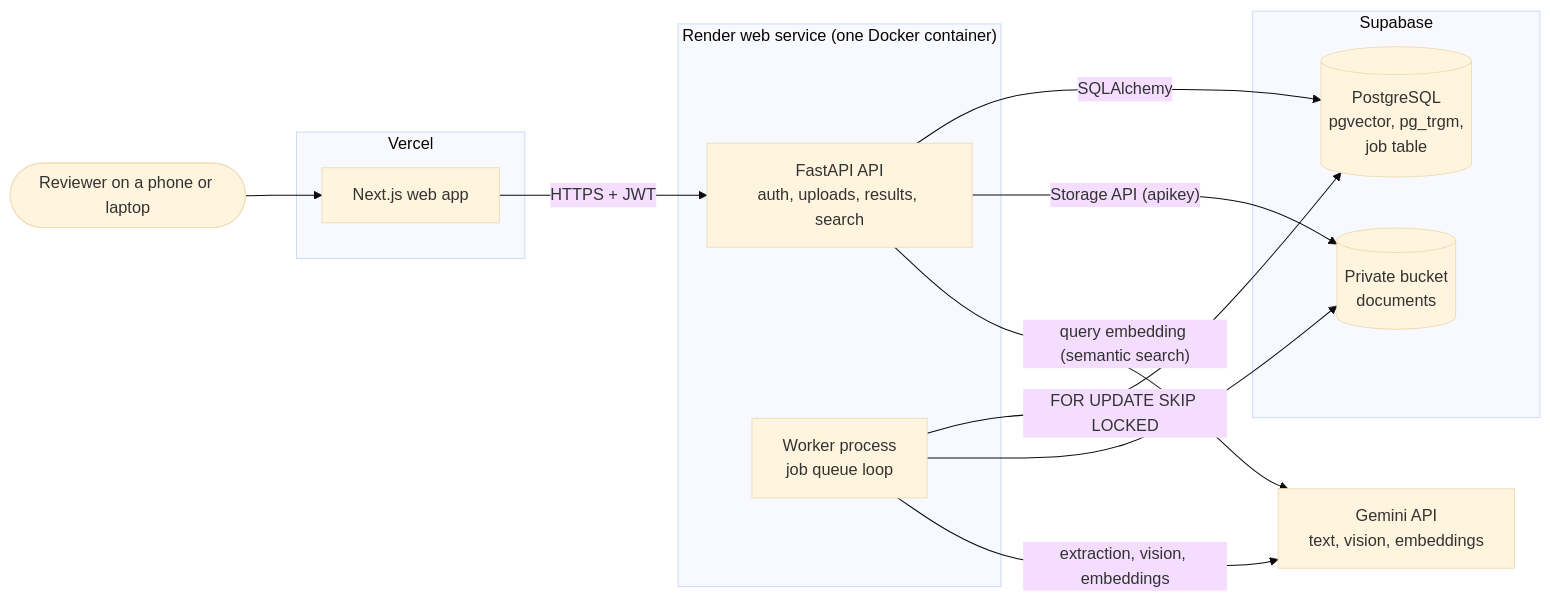
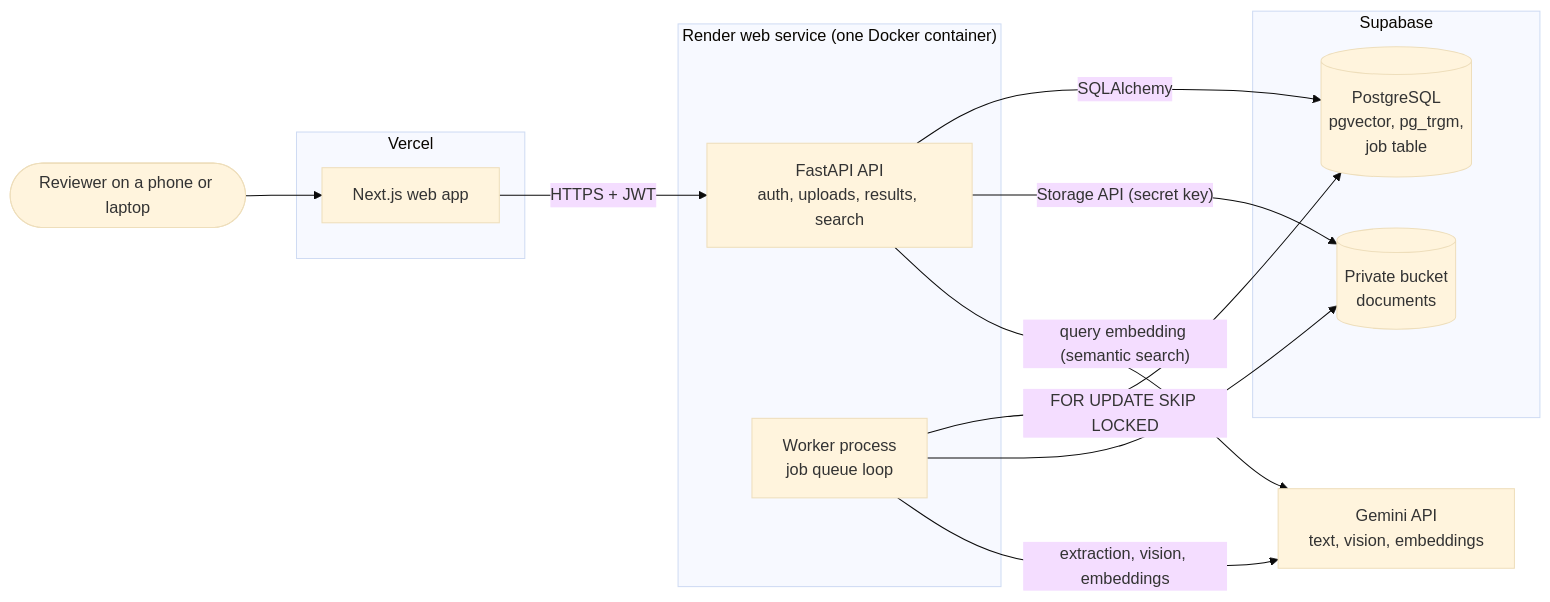
The first of 2 diagrams in docs/ARCHITECTURE.md (Sowan3k/AI-Powered-Document-Intelligence-System), drawn with Mermaid (base theme) before and after one commit. The commit also changed 15 other files, not shown here.

First line of the commit message:
Fix live uploads: send the Storage key in apikey and Authorization (D32)

````diff
--- a/docs/ARCHITECTURE.md
+++ b/docs/ARCHITECTURE.md
@@ -7,25 +7,25 @@
 ```mermaid
 flowchart LR
     user([Reviewer on a phone or laptop])
     subgraph Vercel
         web[Next.js web app]
     end
     subgraph Render["Render web service (one Docker container)"]
         api[FastAPI API<br/>auth, uploads, results, search]
         worker[Worker process<br/>job queue loop]
     end
     subgraph Supabase
         db[(PostgreSQL<br/>pgvector, pg_trgm,<br/>job table)]
         files[(Private bucket<br/>documents)]
     end
     gemini[Gemini API<br/>text, vision, embeddings]
 
     user --> web
     web -- "HTTPS + JWT" --> api
     api -- SQLAlchemy --> db
-    api -- "Storage API (apikey)" --> files
+    api -- "Storage API (secret key)" --> files
     worker -- "FOR UPDATE SKIP LOCKED" --> db
     worker --> files
     worker -- "extraction, vision, embeddings" --> gemini
     api -- "query embedding (semantic search)" --> gemini
 ```
````
